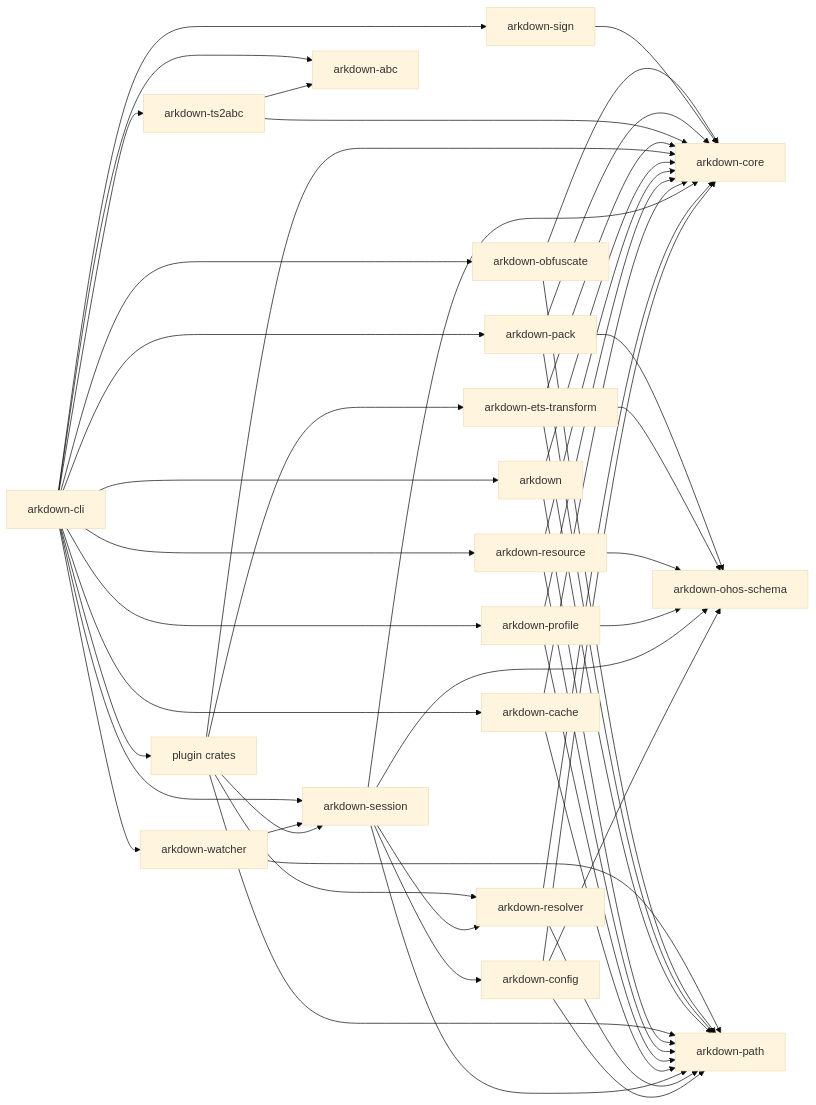
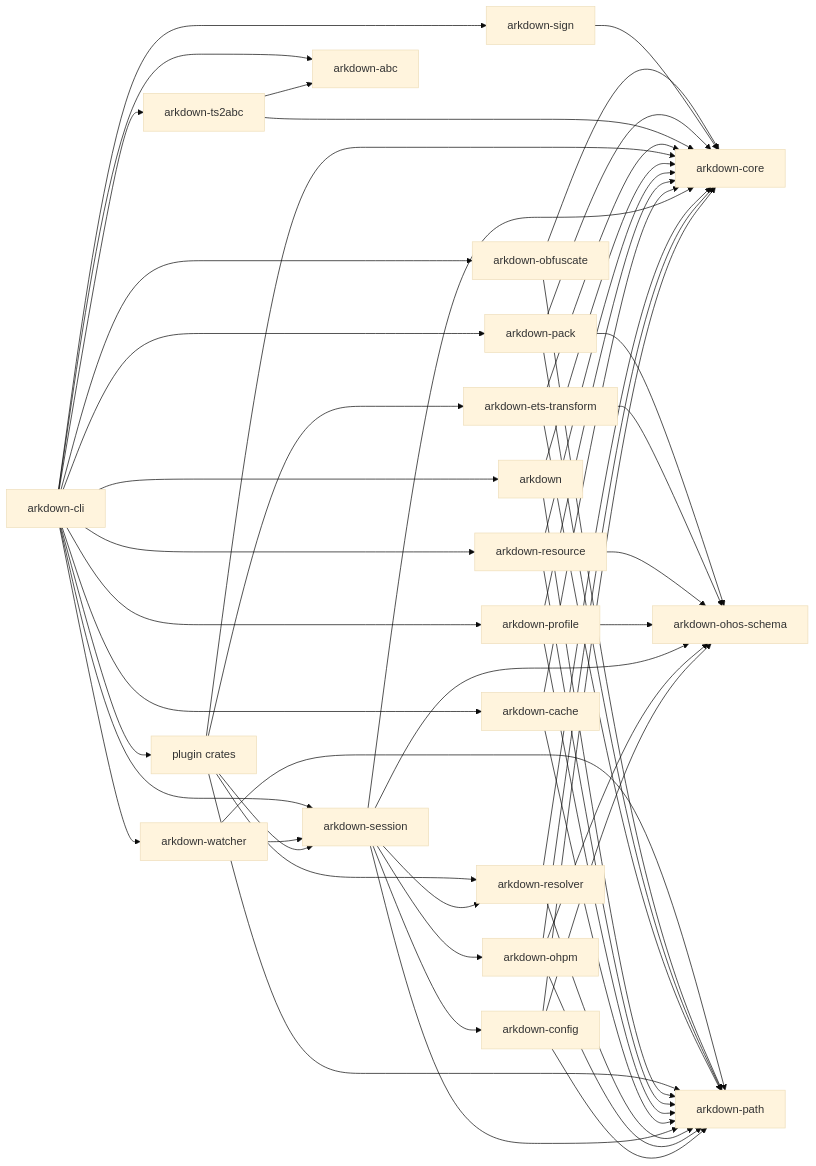
Before and after one commit to richerfu/arkdown: the fourth of 4 diagrams in meta/tasks/SPEC-048-build-session-architecture-refactor.md, drawn with Mermaid (base theme). The commit also changed other lines of this file and 31 other files, not shown here.

````diff
--- a/meta/tasks/SPEC-048-build-session-architecture-refactor.md
+++ b/meta/tasks/SPEC-048-build-session-architecture-refactor.md
@@ -2108,73 +2277,78 @@
 ```mermaid
 flowchart LR
     CORE[arkdown-core]
     PATH[arkdown-path]
     SCHEMA[arkdown-ohos-schema]
+    OHPM[arkdown-ohpm]
     CONFIG[arkdown-config]
     RESOLVER[arkdown-resolver]
     SESSION[arkdown-session]
     CACHE[arkdown-cache]
     PROFILE[arkdown-profile]
     RESOURCE[arkdown-resource]
     BUNDLER[arkdown]
     ABC[arkdown-abc]
     TS2ABC[arkdown-ts2abc]
     PACK[arkdown-pack]
     SIGN[arkdown-sign]
     OBF[arkdown-obfuscate]
     ETSCORE[arkdown-ets-transform]
     WATCH[arkdown-watcher]
     CLI[arkdown-cli]
     PLUGINS[plugin crates]
 
     CONFIG --> CORE
     CONFIG --> PATH
     CONFIG --> SCHEMA
+    OHPM --> CORE
+    OHPM --> PATH
+    OHPM --> SCHEMA
     RESOLVER --> CORE
     RESOLVER --> PATH
     SESSION --> CORE
     SESSION --> PATH
     SESSION --> SCHEMA
+    SESSION --> OHPM
     SESSION --> CONFIG
     SESSION --> RESOLVER
     CACHE --> CORE
     CACHE --> PATH
     PROFILE --> CORE
     PROFILE --> PATH
     PROFILE --> SCHEMA
     RESOURCE --> CORE
     RESOURCE --> PATH
     RESOURCE --> SCHEMA
     BUNDLER --> CORE
     BUNDLER --> PATH
     PLUGINS --> CORE
     PLUGINS --> PATH
     PLUGINS --> SESSION
     PLUGINS --> RESOLVER
     PLUGINS --> ETSCORE
     ETSCORE --> CORE
     ETSCORE --> PATH
     ETSCORE --> SCHEMA
     TS2ABC --> ABC
     TS2ABC --> CORE
     PACK --> CORE
     PACK --> PATH
     PACK --> SCHEMA
     SIGN --> CORE
     OBF --> CORE
     OBF --> PATH
     WATCH --> SESSION
     WATCH --> PATH
     CLI --> SESSION
     CLI --> CACHE
     CLI --> PROFILE
     CLI --> RESOURCE
     CLI --> BUNDLER
     CLI --> PLUGINS
     CLI --> TS2ABC
     CLI --> ABC
     CLI --> PACK
     CLI --> SIGN
     CLI --> OBF
     CLI --> WATCH
 ```
````
